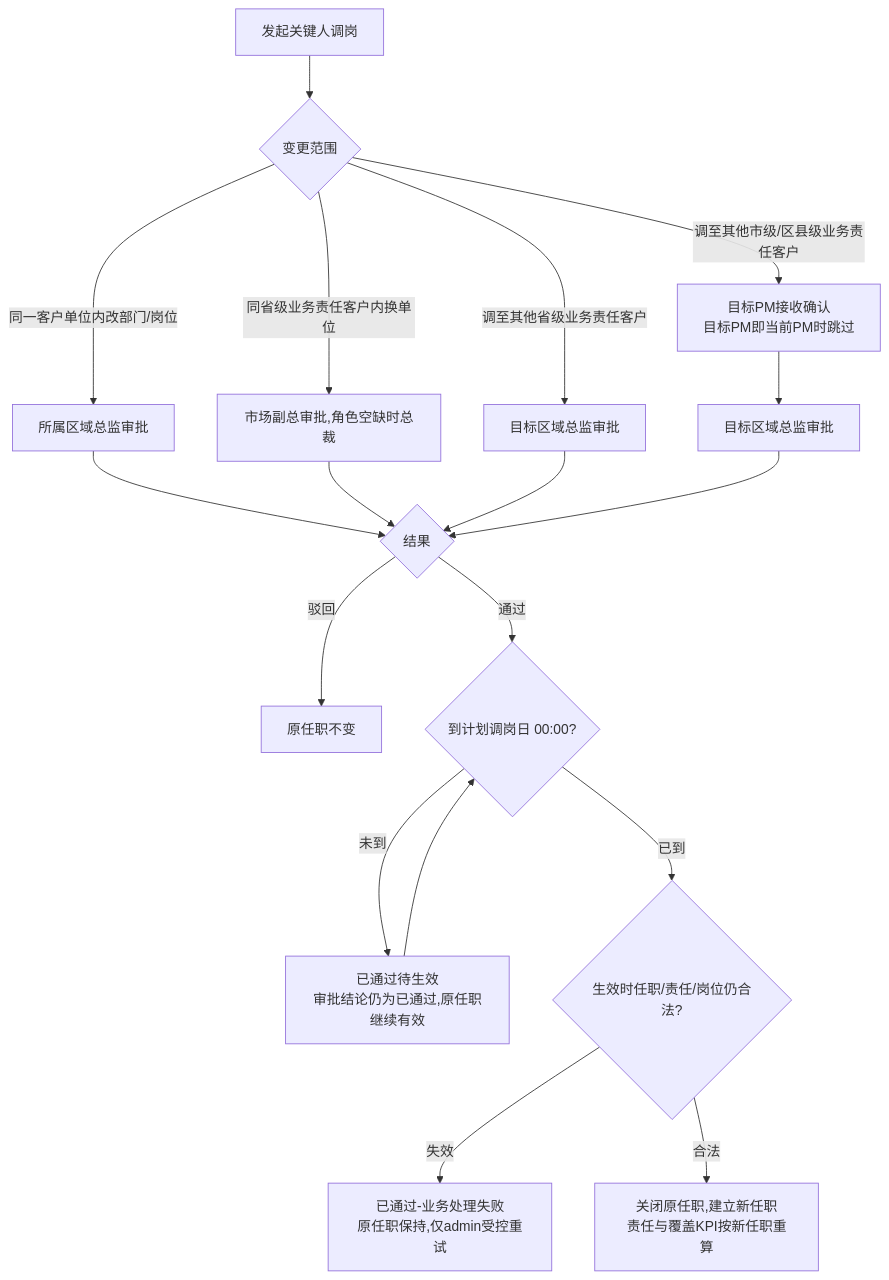
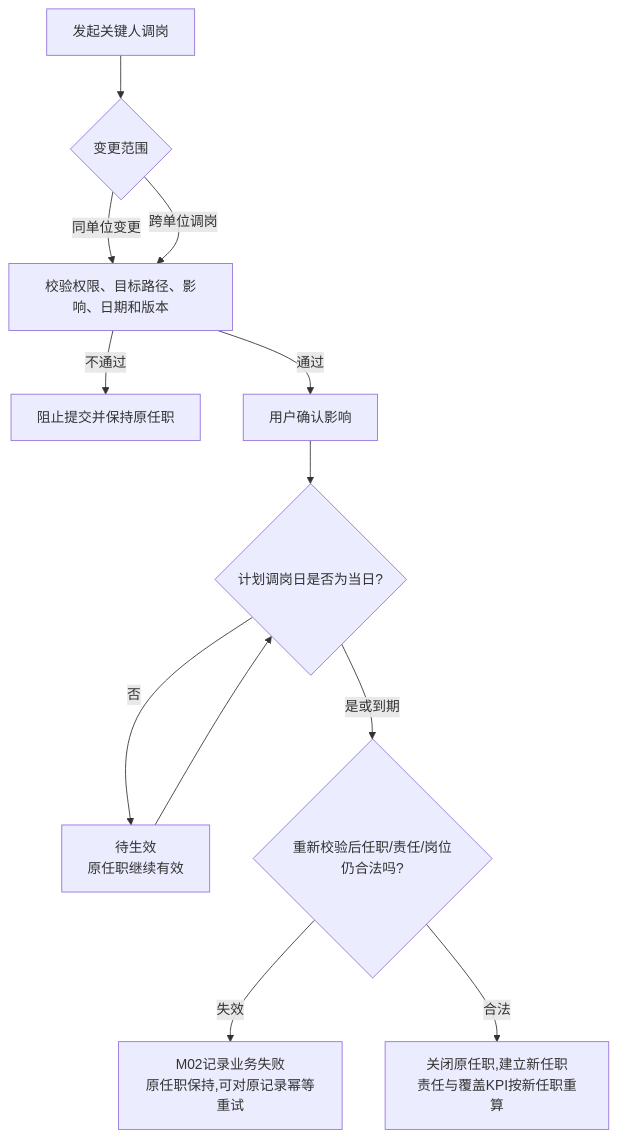
One commit to Joker-1030/Yingjia-Internal-Management-System changed the diagram in prd-workspace/current/user-flows/FLOW-11-M02-key-contact-transfer-approval.md. Above: the diagram before and after it, drawn with Mermaid. The commit also changed other lines of this file and 95 other files, not shown here.

````diff
--- a/prd-workspace/current/user-flows/FLOW-11-M02-key-contact-transfer-approval.md
+++ b/prd-workspace/current/user-flows/FLOW-11-M02-key-contact-transfer-approval.md
@@ -8,20 +8,14 @@
 ```mermaid
 flowchart TD
     A[发起关键人调岗] --> B{变更范围}
-    B -- 同一客户单位内改部门/岗位 --> C[所属区域总监审批]
-    B -- 同省级业务责任客户内换单位 --> D[市场副总审批,角色空缺时总裁]
-    B -- 调至其他市级/区县级业务责任客户 --> E[目标PM接收确认<br/>目标PM即当前PM时跳过]
-    B -- 调至其他省级业务责任客户 --> F[目标区域总监审批]
-    E --> G[目标区域总监审批]
-    C --> H{结果}
-    D --> H
-    F --> H
-    G --> H
-    H -- 驳回 --> I[原任职不变]
-    H -- 通过 --> J{到计划调岗日 00:00?}
-    J -- 未到 --> K[已通过待生效<br/>审批结论仍为已通过,原任职继续有效]
+    B -- 同单位变更 --> C[校验权限、目标路径、影响、日期和版本]
+    B -- 跨单位调岗 --> C
+    C -- 不通过 --> D[阻止提交并保持原任职]
+    C -- 通过 --> E[用户确认影响]
+    E --> J{计划调岗日是否为当日?}
+    J -- 否 --> K[待生效<br/>原任职继续有效]
     K --> J
-    J -- 已到 --> L{生效时任职/责任/岗位仍合法?}
-    L -- 失效 --> M[已通过-业务处理失败<br/>原任职保持,仅admin受控重试]
+    J -- 是或到期 --> L{重新校验后任职/责任/岗位仍合法吗?}
+    L -- 失效 --> M[M02记录业务失败<br/>原任职保持,可对原记录幂等重试]
     L -- 合法 --> N[关闭原任职,建立新任职<br/>责任与覆盖KPI按新任职重算]
 ```
````
